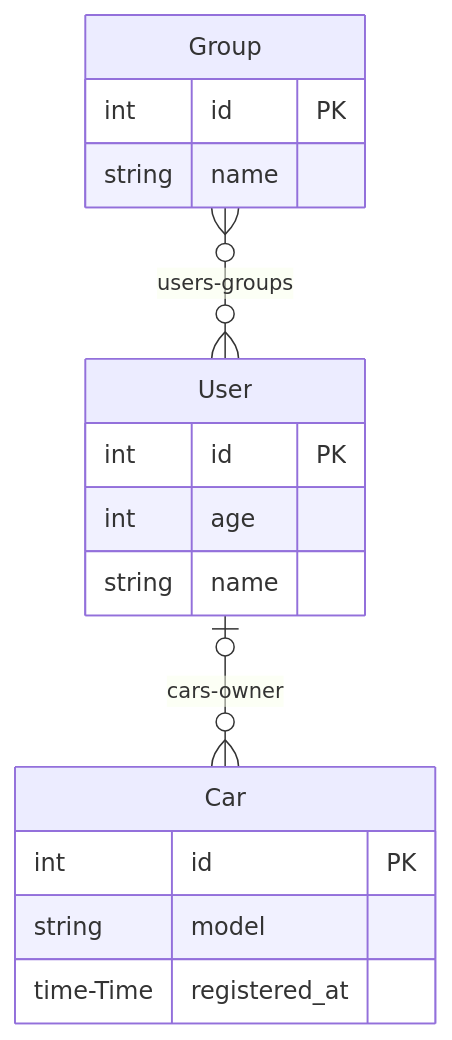
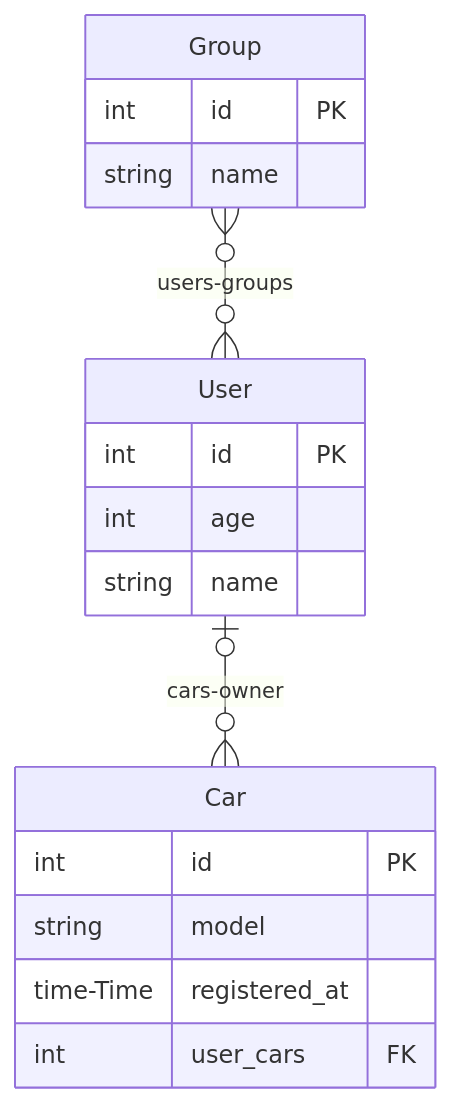
One commit to troypoulter/entmaid changed the diagram in README.md. Above: the diagram before and after it, drawn with Mermaid. The commit also changed 3 other files, not shown here.

Commit message:
feat: add foreign keys in generated diagram

````diff
--- a/README.md
+++ b/README.md
@@ -58,23 +58,24 @@
 ```mermaid
 erDiagram
  Car {
   int id PK
   string model
   time-Time registered_at
+  int user_cars FK
  }
 
  Group {
   int id PK
   string name
  }
 
  User {
   int id PK
   int age
   string name
  }
 
  Group }o--o{ User : users-groups
  User |o--o{ Car : cars-owner
 
 ```
````
